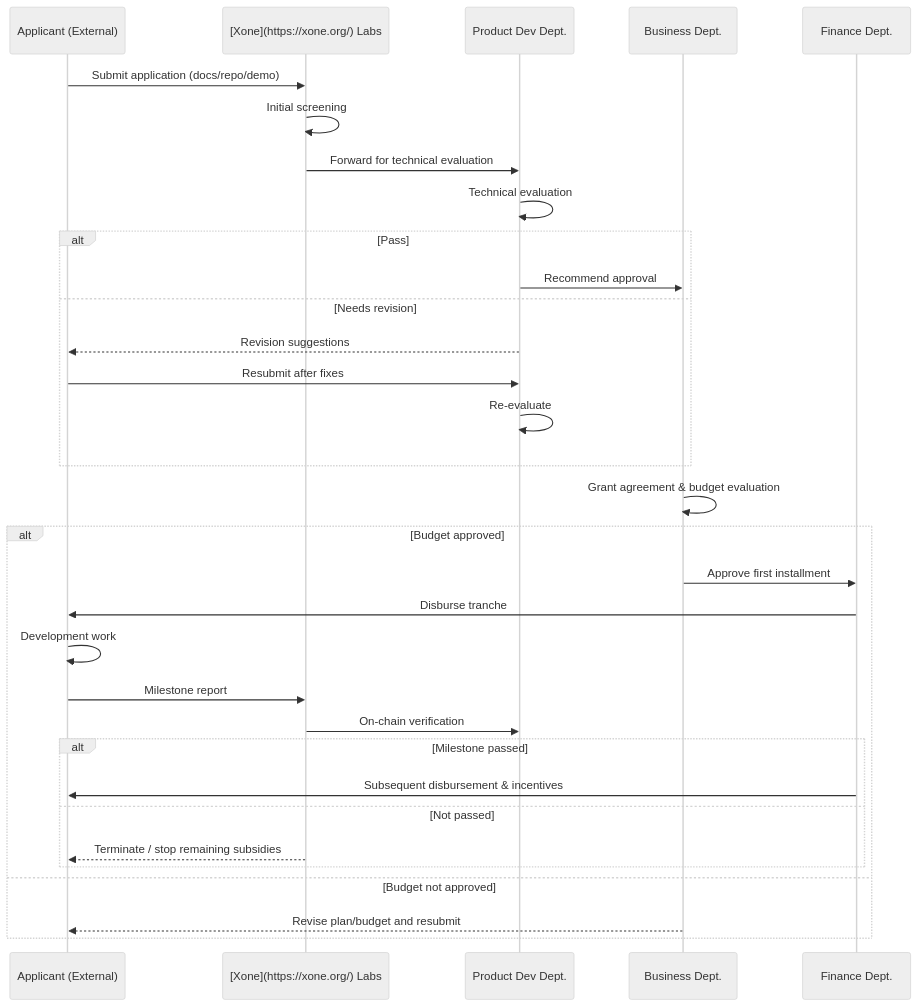
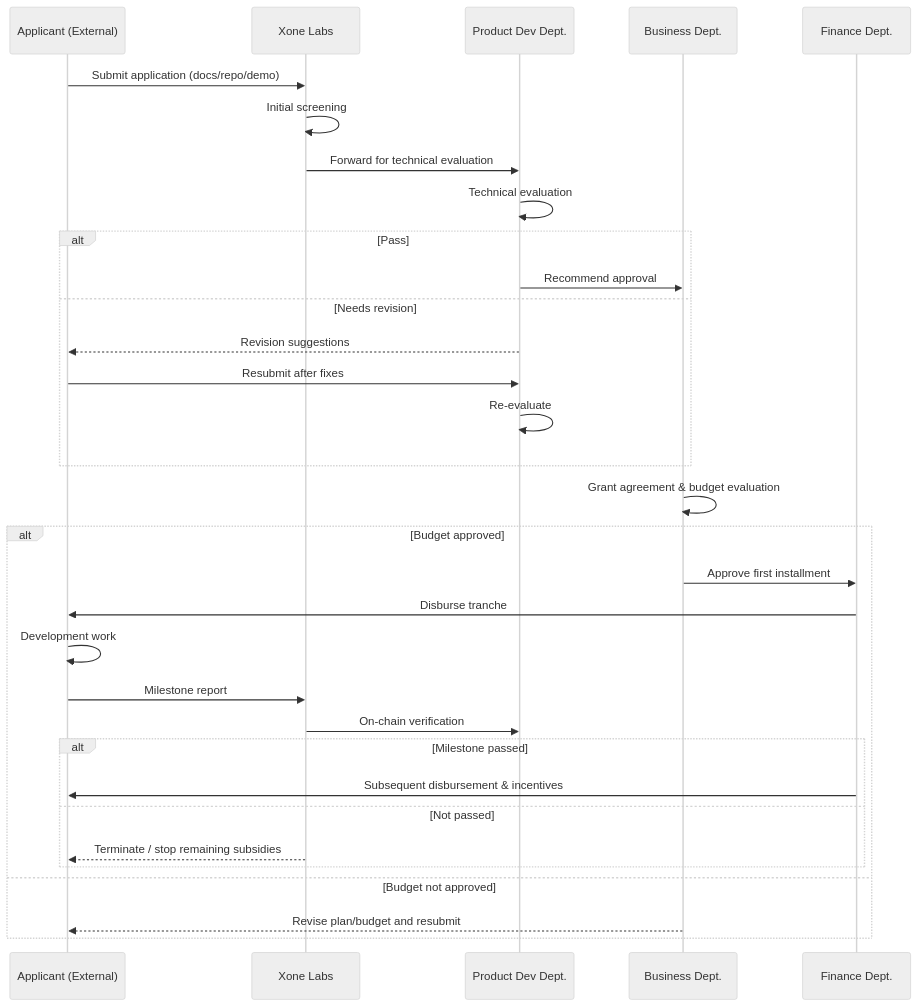
The diagram in pages/study/grants.mdx (hello-xone/official_docs), drawn with Mermaid before and after one commit.

Commit message:
fix: Fix syntax errors

````diff
--- a/pages/study/grants.mdx
+++ b/pages/study/grants.mdx
@@ -434,44 +434,44 @@
 ```mermaid
 ---
 config:
   look: handDrawn
   theme: neutral
 ---
 sequenceDiagram
   participant Applicant as Applicant (External)
-  participant XoneLabs as [Xone](https://xone.org/) Labs
+  participant XoneLabs as Xone Labs
   participant Product as Product Dev Dept.
   participant Business as Business Dept.
   participant Finance as Finance Dept.
 
   Applicant->>XoneLabs: Submit application (docs/repo/demo)
   XoneLabs->>XoneLabs: Initial screening
   XoneLabs->>Product: Forward for technical evaluation
 
   Product->>Product: Technical evaluation
   alt Pass
       Product->>Business: Recommend approval
   else Needs revision
       Product-->>Applicant: Revision suggestions
       Applicant->>Product: Resubmit after fixes
       Product->>Product: Re-evaluate
   end
 
   Business->>Business: Grant agreement & budget evaluation
   alt Budget approved
       Business->>Finance: Approve first installment
       Finance->>Applicant: Disburse tranche #1
 
       Applicant->>Applicant: Development work
       Applicant->>XoneLabs: Milestone report
       XoneLabs->>Product: On-chain verification
 
       alt Milestone passed
           Finance->>Applicant: Subsequent disbursement & incentives
       else Not passed
           XoneLabs-->>Applicant: Terminate / stop remaining subsidies
       end
   else Budget not approved
       Business-->>Applicant: Revise plan/budget and resubmit
   end
 ```
````
